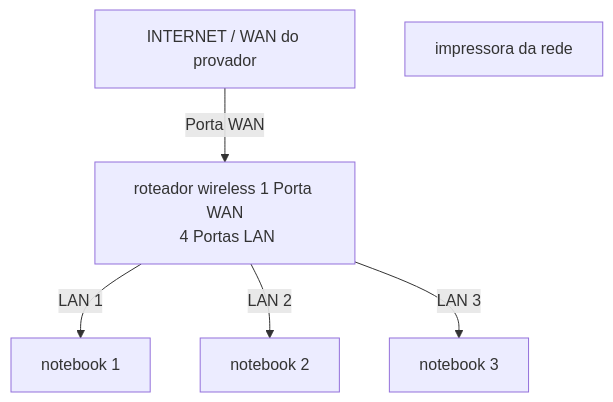
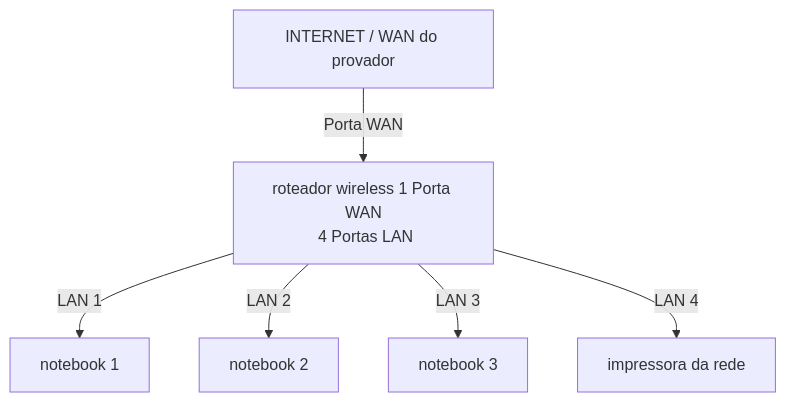
One commit to AndyJosmar/lab-redes01 changed the diagram in README.md. Above: the diagram before and after it, drawn with Mermaid.

Commit message:
Include LAN 4 for Printer in topology
Add Printer to network topology diagram in README

````diff
--- a/README.md
+++ b/README.md
@@ -37,23 +37,23 @@
 ```mermaid
 graph TD
 
 WAN[INTERNET / WAN do provador]
 
 Router[roteador wireless<bar> 1 Porta WAN<br> 4 Portas LAN]
 
 PC1[notebook 1]
 PC2[notebook 2]
 PC3[notebook 3]
 
 Printer[impressora da rede]
 
 WAN --> |Porta WAN| Router
 
 Router --> |LAN 1| PC1
 Router --> |LAN 2| PC2
 Router --> |LAN 3| PC3
-
+Router --> |LAN 4| Printer
 
 
 
 ```
````
